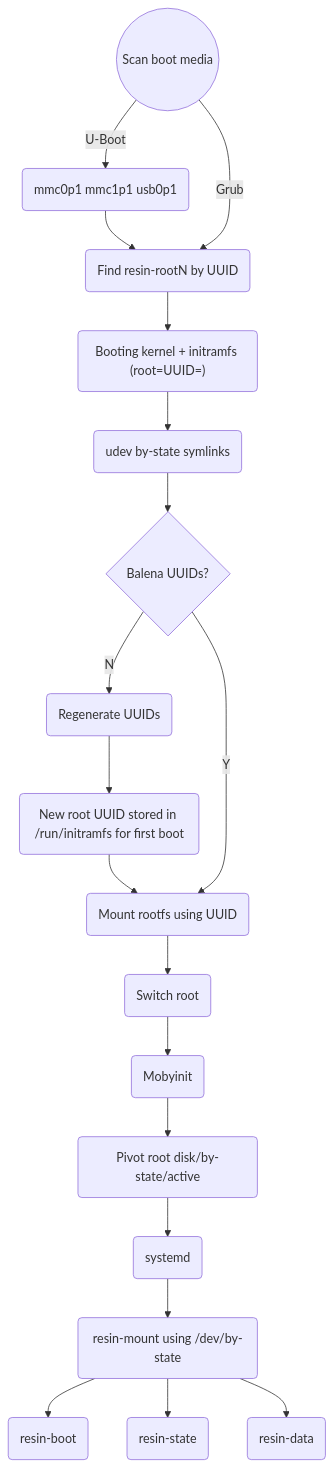
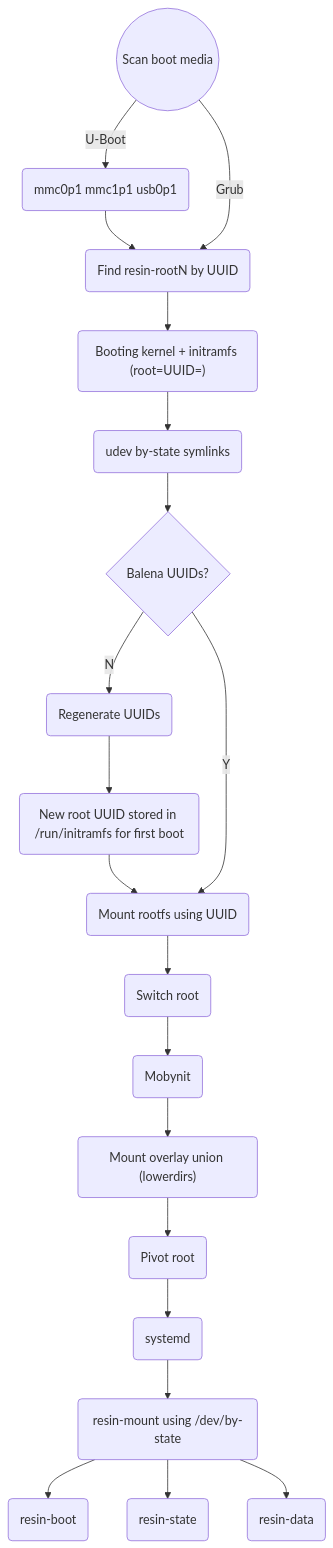
Before and after one commit to balena-os/meta-balena: the diagram in docs/os-internals.md, drawn with Mermaid. The commit also changed 2 other files, not shown here.

Commit message:
mobynit: update to v1.0.0
This mobynit version mounts the rootfs as lowerdirs and is intrinsically
read-only.

Change-type: major

````diff
--- a/docs/os-internals.md
+++ b/docs/os-internals.md
@@ -18,11 +18,11 @@
 ```mermaid
 graph TD
     A((Scan boot media)) -- U-Boot --> B(mmc0p1 mmc1p1 usb0p1) --> C(Find resin-rootN by UUID)
     A -- Grub --> C
     C --> E("Booting kernel + initramfs (root=UUID=)")
     E --> F(udev by-state symlinks)
     F --> G{Balena UUIDs?} -- N --> H(Regenerate UUIDs) --> I(New root UUID stored in /run/initramfs for first boot) --> J(Mount rootfs using UUID)
     G -- Y --> J --> K
-    K(Switch root) --> L(Mobyinit) --> M(Pivot root disk/by-state/active) --> N(systemd) --> O(resin-mount using /dev/by-state)
+    K(Switch root) --> L(Mobynit) --> M("Mount overlay union (lowerdirs)") --> M2(Pivot root) --> N(systemd) --> O(resin-mount using /dev/by-state)
     O --> P(resin-boot) & Q(resin-state) & R(resin-data)
 ```
````
